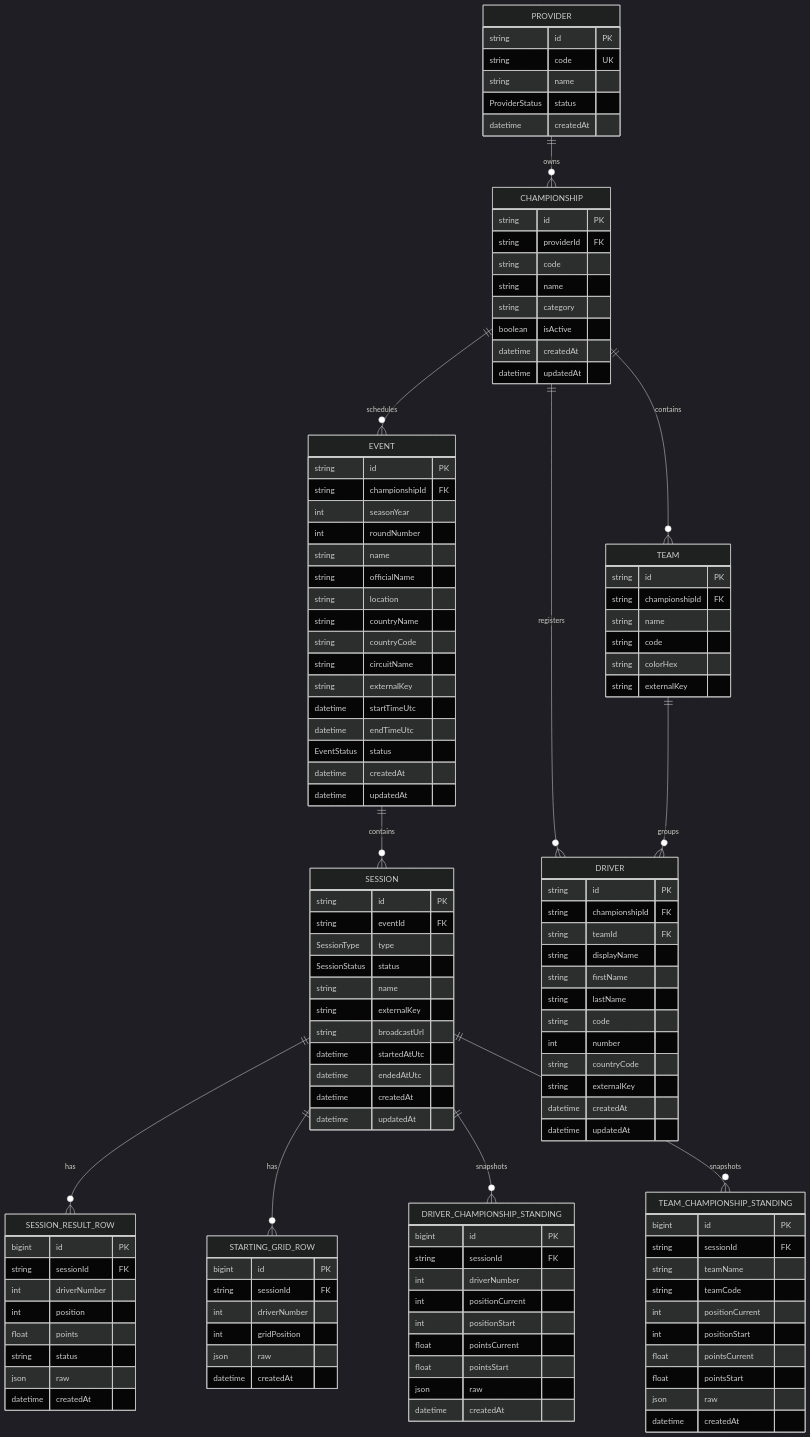
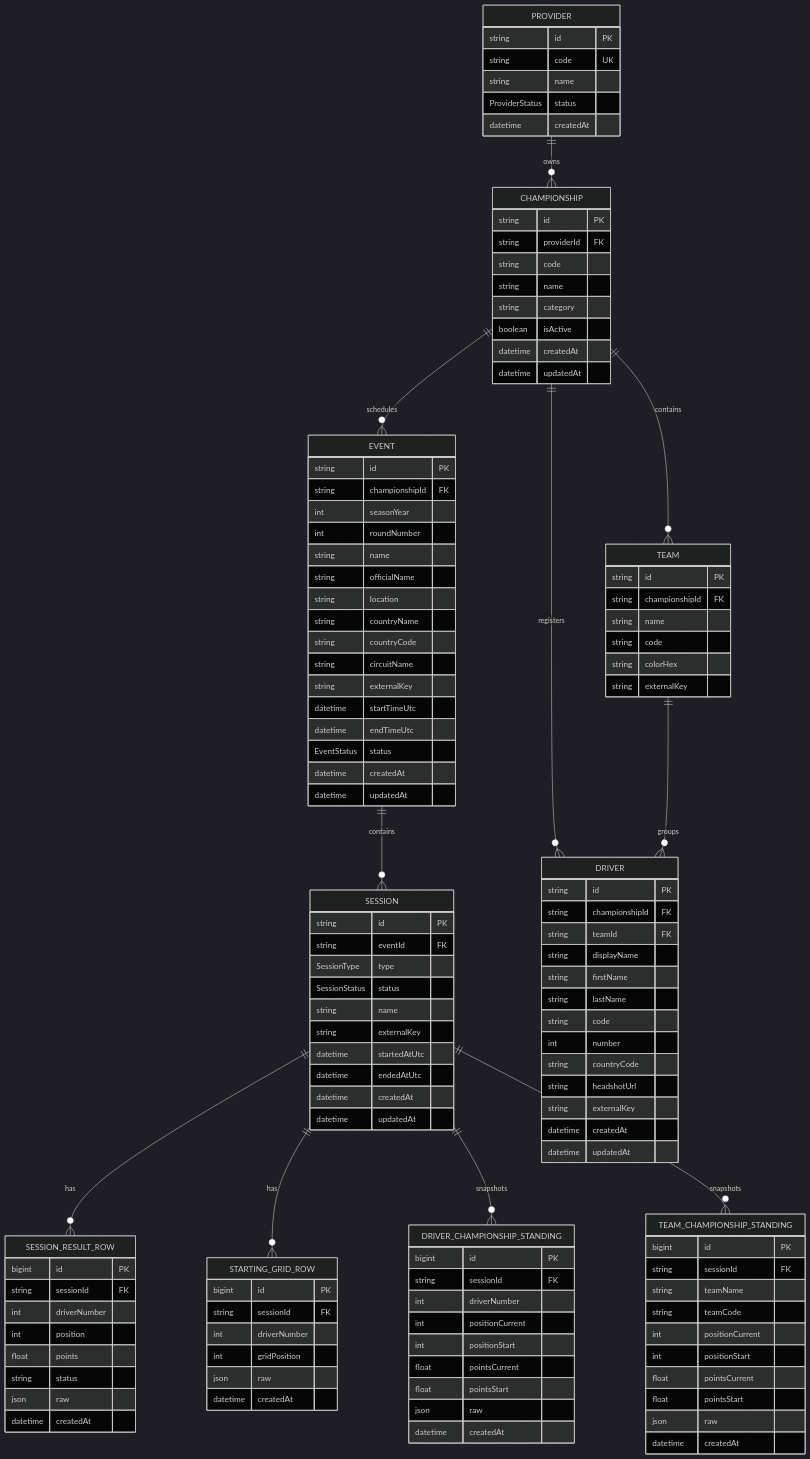
Before and after one commit to OverDrive-Motorsports/OD_Backend: the diagram in services/championship-service/doc/db/database-diagram.mmd, drawn with Mermaid (dark theme). The commit also changed 81 other files, not shown here.

```diff
--- a/services/championship-service/doc/db/database-diagram.mmd
+++ b/services/championship-service/doc/db/database-diagram.mmd
@@ -1,132 +1,132 @@
 erDiagram
     PROVIDER {
         string id PK
         string code UK
         string name
         ProviderStatus status
         datetime createdAt
     }
 
     CHAMPIONSHIP {
         string id PK
         string providerId FK
         string code
         string name
         string category
         boolean isActive
         datetime createdAt
         datetime updatedAt
     }
 
     EVENT {
         string id PK
         string championshipId FK
         int seasonYear
         int roundNumber
         string name
         string officialName
         string location
         string countryName
         string countryCode
         string circuitName
         string externalKey
         datetime startTimeUtc
         datetime endTimeUtc
         EventStatus status
         datetime createdAt
         datetime updatedAt
     }
 
     SESSION {
         string id PK
         string eventId FK
         SessionType type
         SessionStatus status
         string name
         string externalKey
-        string broadcastUrl
         datetime startedAtUtc
         datetime endedAtUtc
         datetime createdAt
         datetime updatedAt
     }
 
     TEAM {
         string id PK
         string championshipId FK
         string name
         string code
         string colorHex
         string externalKey
     }
 
     DRIVER {
         string id PK
         string championshipId FK
         string teamId FK
         string displayName
         string firstName
         string lastName
         string code
         int number
         string countryCode
+        string headshotUrl
         string externalKey
         datetime createdAt
         datetime updatedAt
     }
 
     SESSION_RESULT_ROW {
         bigint id PK
         string sessionId FK
         int driverNumber
         int position
         float points
         string status
         json raw
         datetime createdAt
     }
 
     STARTING_GRID_ROW {
         bigint id PK
         string sessionId FK
         int driverNumber
         int gridPosition
         json raw
         datetime createdAt
     }
 
     DRIVER_CHAMPIONSHIP_STANDING {
         bigint id PK
         string sessionId FK
         int driverNumber
         int positionCurrent
         int positionStart
         float pointsCurrent
         float pointsStart
         json raw
         datetime createdAt
     }
 
     TEAM_CHAMPIONSHIP_STANDING {
         bigint id PK
         string sessionId FK
         string teamName
         string teamCode
         int positionCurrent
         int positionStart
         float pointsCurrent
         float pointsStart
         json raw
         datetime createdAt
     }
 
     PROVIDER ||--o{ CHAMPIONSHIP : owns
     CHAMPIONSHIP ||--o{ EVENT : schedules
     CHAMPIONSHIP ||--o{ TEAM : contains
     CHAMPIONSHIP ||--o{ DRIVER : registers
     EVENT ||--o{ SESSION : contains
     TEAM ||--o{ DRIVER : groups
     SESSION ||--o{ SESSION_RESULT_ROW : has
     SESSION ||--o{ STARTING_GRID_ROW : has
     SESSION ||--o{ DRIVER_CHAMPIONSHIP_STANDING : snapshots
     SESSION ||--o{ TEAM_CHAMPIONSHIP_STANDING : snapshots
```
